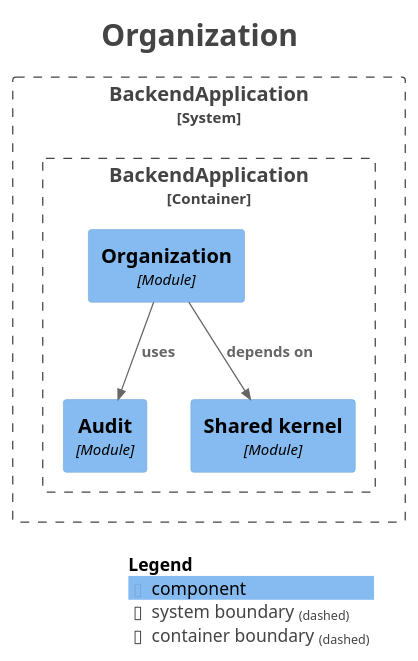
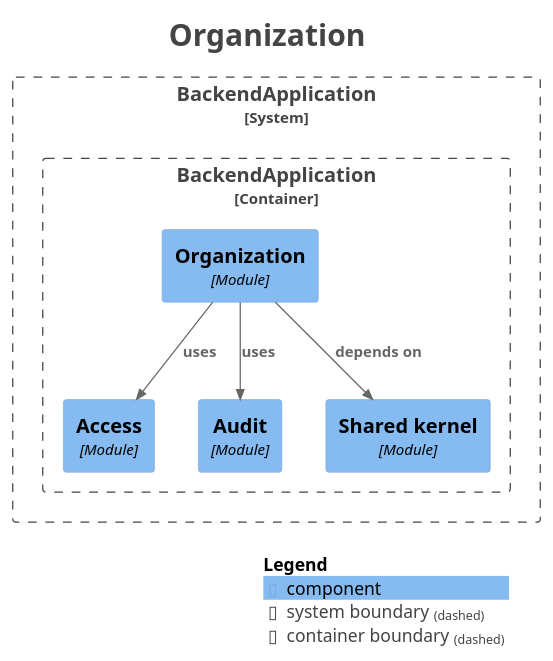
One commit to fxavier/restaurantePRO changed the diagram in docs/architecture/modules/module-organization.puml. Above: the diagram before and after it, drawn with PlantUML. The commit also changed 14 other files, not shown here.

```diff
--- a/docs/architecture/modules/module-organization.puml
+++ b/docs/architecture/modules/module-organization.puml
@@ -1,32 +1,34 @@
 @startuml
 title <size:24>Organization</size>
 
 set separator none
 top to bottom direction
 
 <style>
   root {
     BackgroundColor: #ffffff
     FontColor: #444444
   }
 </style>
 
 !include <C4/C4>
 !include <C4/C4_Context>
 !include <C4/C4_Component>
 
 System_Boundary("BackendApplication_boundary", "BackendApplication", $tags="") {
   Container_Boundary("BackendApplication.BackendApplication_boundary", "BackendApplication", $tags="") {
+    Component(BackendApplication.BackendApplication.Access, "Access", $techn="Module", $descr="", $tags="", $link="")
     Component(BackendApplication.BackendApplication.Audit, "Audit", $techn="Module", $descr="", $tags="", $link="")
     Component(BackendApplication.BackendApplication.Sharedkernel, "Shared kernel", $techn="Module", $descr="", $tags="", $link="")
     Component(BackendApplication.BackendApplication.Organization, "Organization", $techn="Module", $descr="", $tags="", $link="")
   }
 
 }
 
 Rel(BackendApplication.BackendApplication.Organization, BackendApplication.BackendApplication.Audit, "uses", $techn="", $tags="", $link="")
+Rel(BackendApplication.BackendApplication.Organization, BackendApplication.BackendApplication.Access, "uses", $techn="", $tags="", $link="")
 Rel(BackendApplication.BackendApplication.Organization, BackendApplication.BackendApplication.Sharedkernel, "depends on", $techn="", $tags="", $link="")
 
 SHOW_LEGEND(true)
 hide stereotypes
 @enduml
```
